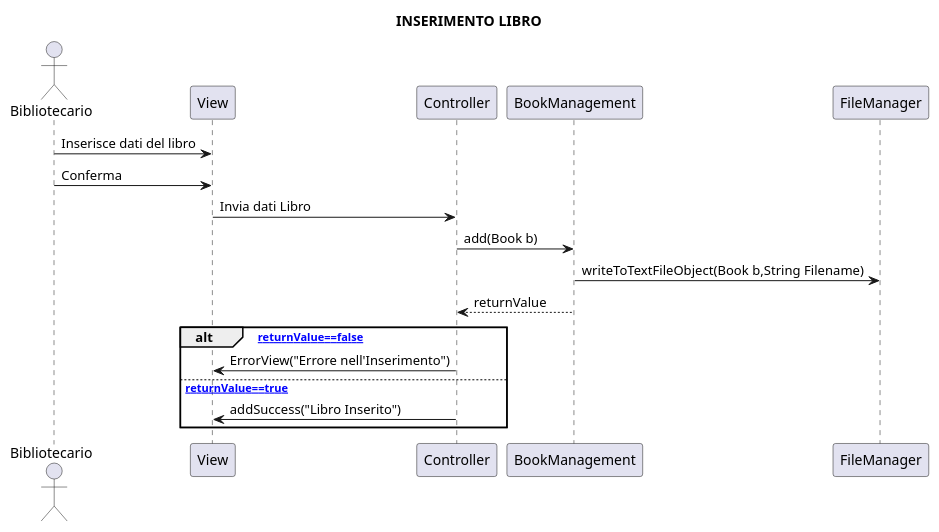
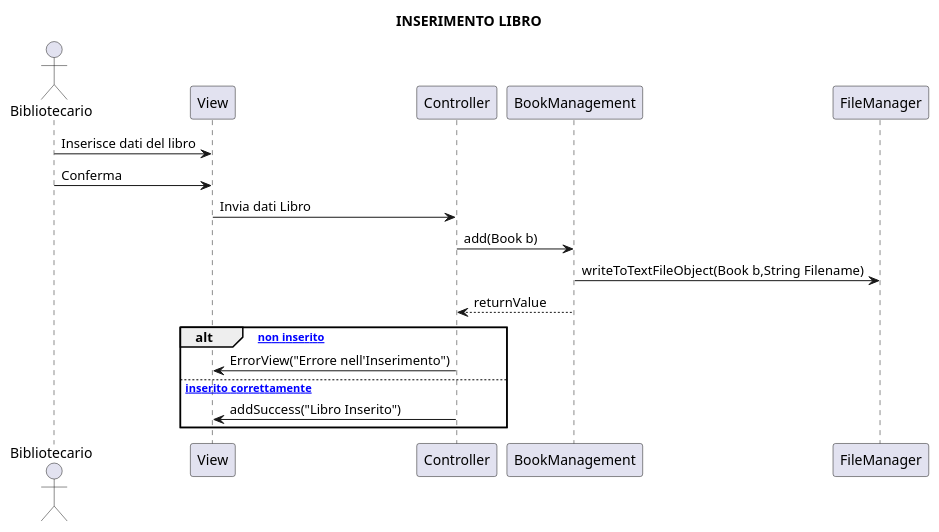
The diagram in gruppo14BibliotecaUniversitaria/uml/InserimentoLibro.puml (brunooliva7/Project-Ingegneria-del-Software14), drawn with PlantUML before and after one commit. The commit also changed other lines of this file and 13 other files, not shown here.

```diff
--- a/gruppo14BibliotecaUniversitaria/uml/InserimentoLibro.puml
+++ b/gruppo14BibliotecaUniversitaria/uml/InserimentoLibro.puml
@@ -1,16 +1,21 @@
 @startuml
 title INSERIMENTO LIBRO
 
-Actor Bibliotecario
+actor Bibliotecario
+participant View
+participant Controller 
+participant BookManagement
+participant FileManager
+
 Bibliotecario -> View : Inserisce dati del libro
 Bibliotecario -> View : Conferma
 View -> Controller : Invia dati Libro
 Controller -> BookManagement : add(Book b)
 BookManagement -> FileManager : writeToTextFileObject(Book b,String Filename) 
 BookManagement --> Controller : returnValue
-alt [returnValue==false]
+alt [ Libro non inserito]
 Controller -> View : ErrorView("Errore nell'Inserimento")
-else [returnValue==true]
+else [ Libro inserito correttamente]
 Controller -> View : addSuccess("Libro Inserito")
 end
 @enduml
```
